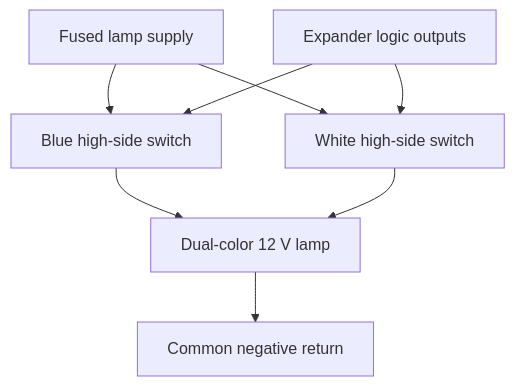
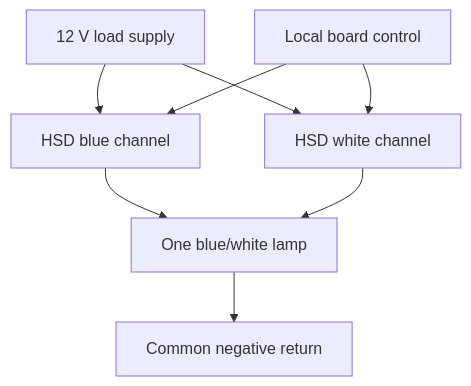
One commit to aeae1/Rock-Saw-Water-Control changed the second of 2 diagrams in docs/connections.md. Above: the diagram before and after it, drawn with Mermaid. The commit also changed other lines of this file and 23 other files, not shown here.

````diff
--- a/docs/connections.md
+++ b/docs/connections.md
@@ -36,10 +38,10 @@
 ```mermaid
 flowchart TD
-    P["Fused lamp supply"] --> B["Blue high-side switch"]
-    P --> W["White high-side switch"]
-    C["Expander logic outputs"] --> B
+    P["12 V load supply"] --> B["HSD blue channel"]
+    P --> W["HSD white channel"]
+    C["Local board control"] --> B
     C --> W
-    B --> L["Dual-color 12 V lamp"]
+    B --> L["One blue/white lamp"]
     W --> L
     L --> G["Common negative return"]
 ```
````
